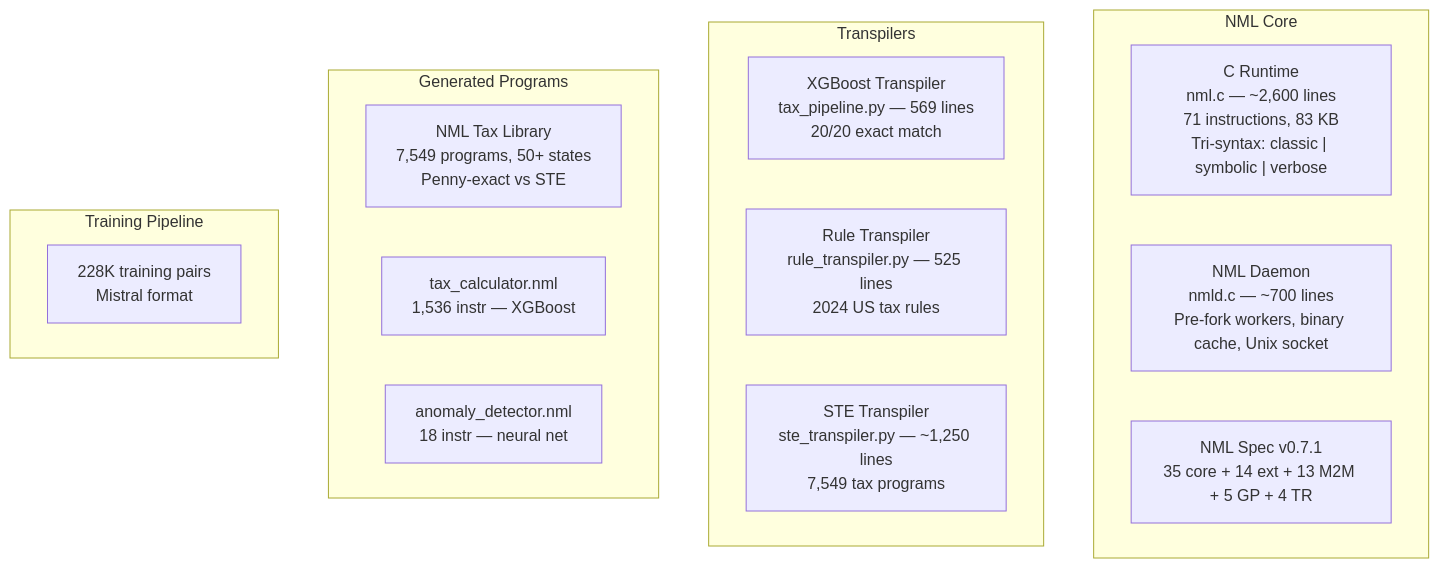
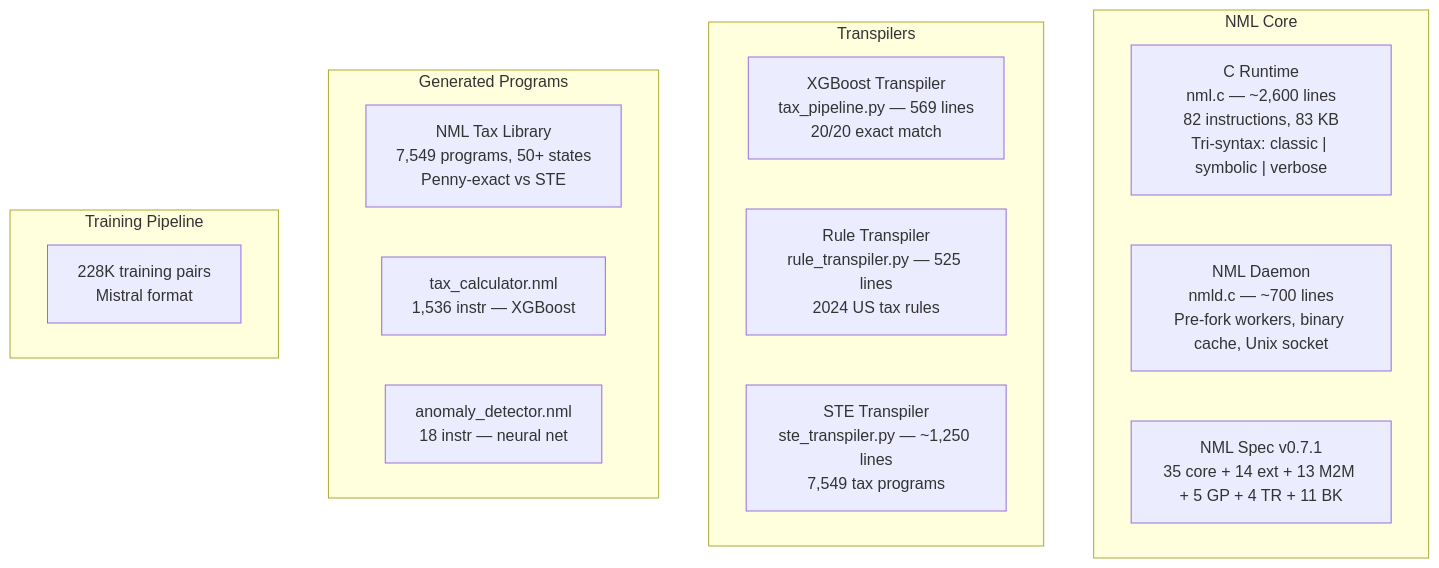
Before and after one commit to dnamaz/nml: the sixth of 6 diagrams in docs/NML_Implementation_Document.md, drawn with Mermaid. The commit also changed other lines of this file and 18 other files, not shown here.

First line of the commit message:
v0.8.0: Backward opcodes for arbitrary-architecture training (71 -> 82 opcodes)

````diff
--- a/docs/NML_Implementation_Document.md
+++ b/docs/NML_Implementation_Document.md
@@ -305,24 +305,24 @@
 ```mermaid
 flowchart TD
     subgraph core [NML Core]
-        Runtime["C Runtime\nnml.c — ~2,600 lines\n71 instructions, 83 KB\nTri-syntax: classic | symbolic | verbose"]
+        Runtime["C Runtime\nnml.c — ~2,600 lines\n82 instructions, 83 KB\nTri-syntax: classic | symbolic | verbose"]
         Daemon["NML Daemon\nnmld.c — ~700 lines\nPre-fork workers, binary cache, Unix socket"]
-        Spec["NML Spec v0.7.1\n35 core + 14 ext + 13 M2M + 5 GP + 4 TR"]
+        Spec["NML Spec v0.7.1\n35 core + 14 ext + 13 M2M + 5 GP + 4 TR + 11 BK"]
     end
 
     subgraph transpilers [Transpilers]
         XGB["XGBoost Transpiler\ntax_pipeline.py — 569 lines\n20/20 exact match"]
         Rules["Rule Transpiler\nrule_transpiler.py — 525 lines\n2024 US tax rules"]
         STE["STE Transpiler\nste_transpiler.py — ~1,250 lines\n7,549 tax programs"]
     end
 
     subgraph programs [Generated Programs]
         Library["NML Tax Library\n7,549 programs, 50+ states\nPenny-exact vs STE"]
         P1["tax_calculator.nml\n1,536 instr — XGBoost"]
         P6["anomaly_detector.nml\n18 instr — neural net"]
     end
 
     subgraph training [Training Pipeline]
         T1["228K training pairs\nMistral format"]
     end
 ```
````
